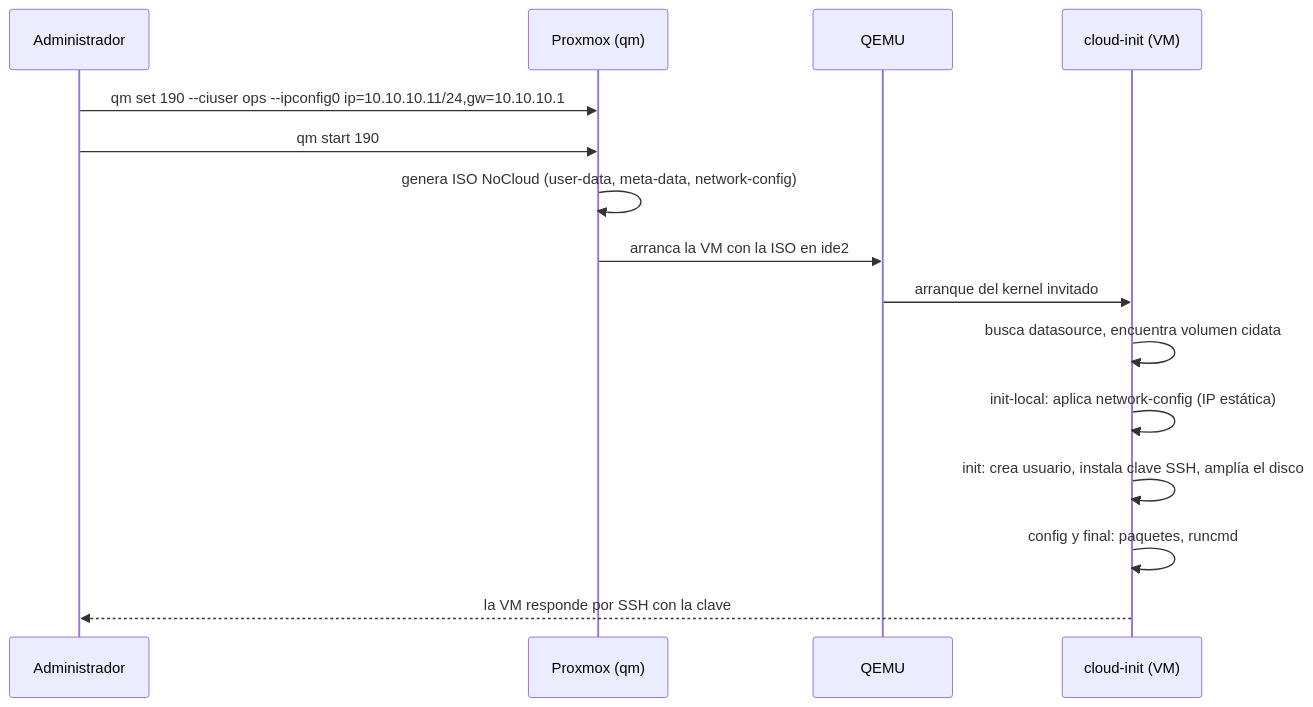
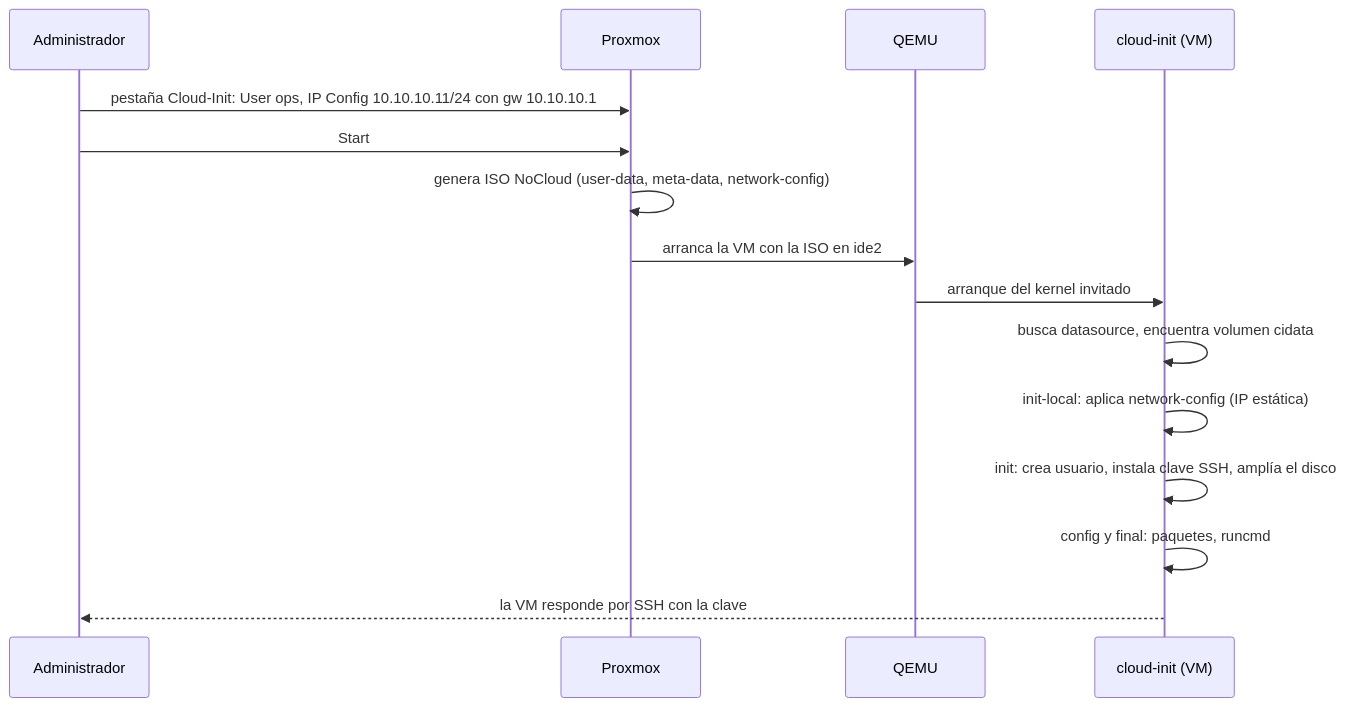
The eighth of 13 diagrams in docs/ut/ut1-virtualizacion.md (victor-educ/apuntes-5166), drawn with Mermaid before and after one commit. The commit also changed other lines of this file and 12 other files, not shown here.

````diff
--- a/docs/ut/ut1-virtualizacion.md
+++ b/docs/ut/ut1-virtualizacion.md
@@ -593,17 +597,17 @@
 ```mermaid
 sequenceDiagram
     participant A as Administrador
-    participant P as Proxmox (qm)
+    participant P as Proxmox
     participant Q as QEMU
     participant C as cloud-init (VM)
-    A->>P: qm set 190 --ciuser ops --ipconfig0 ip=10.10.10.11/24,gw=10.10.10.1
-    A->>P: qm start 190
+    A->>P: pestaña Cloud-Init: User ops, IP Config 10.10.10.11/24 con gw 10.10.10.1
+    A->>P: Start
     P->>P: genera ISO NoCloud (user-data, meta-data, network-config)
     P->>Q: arranca la VM con la ISO en ide2
     Q->>C: arranque del kernel invitado
     C->>C: busca datasource, encuentra volumen cidata
     C->>C: init-local: aplica network-config (IP estática)
     C->>C: init: crea usuario, instala clave SSH, amplía el disco
     C->>C: config y final: paquetes, runcmd
     C-->>A: la VM responde por SSH con la clave
 ```
````
